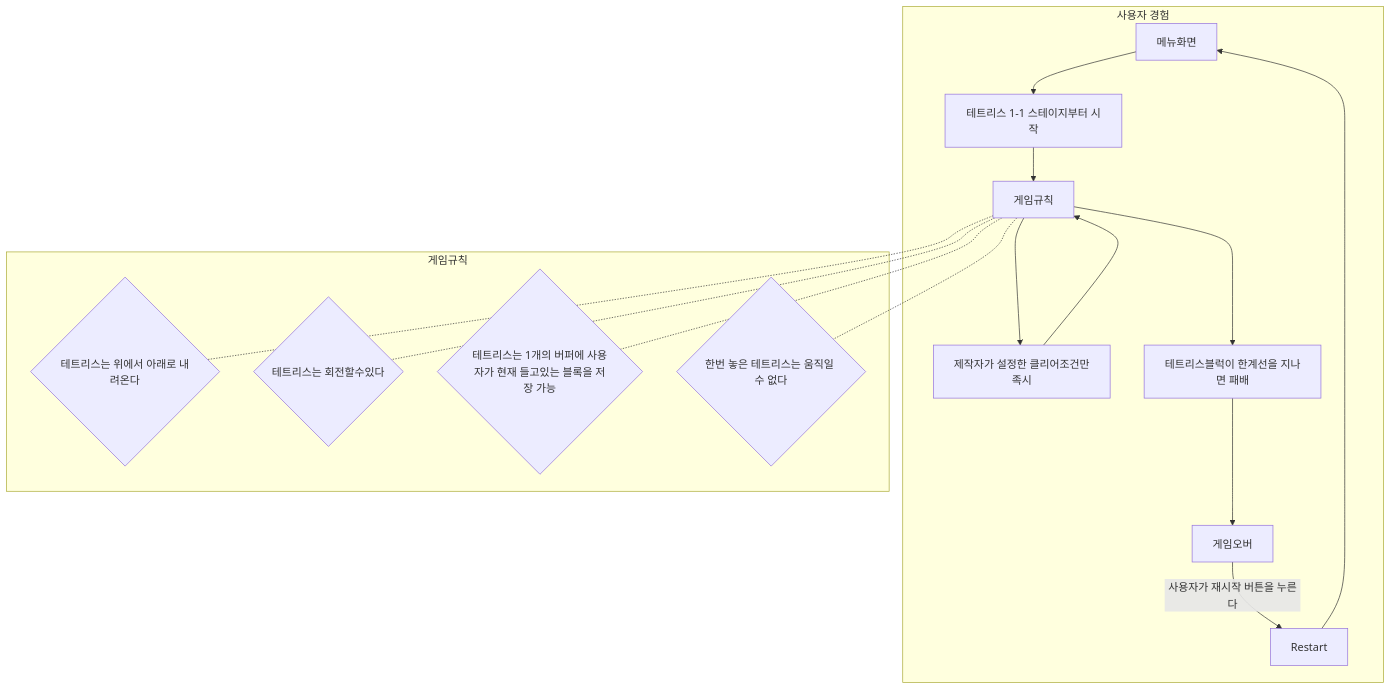
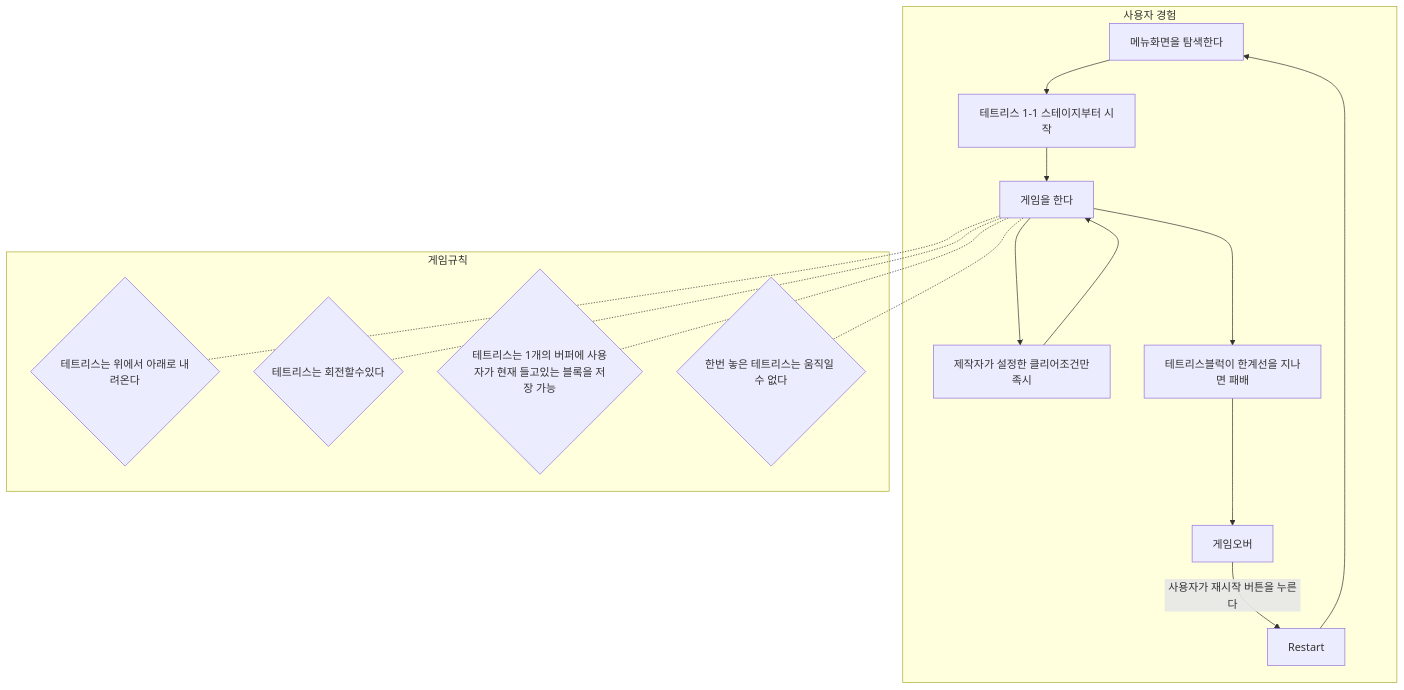
The first of 2 diagrams in Diagrams/20210519_Diagram.md (BADUGII/Tutorial_Imitation_Teris), drawn with Mermaid before and after one commit.

````diff
--- a/Diagrams/20210519_Diagram.md
+++ b/Diagrams/20210519_Diagram.md
@@ -2,23 +2,24 @@
 ```mermaid
 graph TD
   subgraph GameFlow[사용자 경험]
     Menu -->  GameStart[테트리스 1-1 스테이지부터 시작]
-    GameOver[게임오버] -->|사용자가 재시작 버튼을 누른다| Restart
-    Restart --> Menu[메뉴화면]
     
     
-    GameStart --> Play[게임규칙]
+    GameStart --> Play[게임을 한다]
     Play --> Clear[제작자가 설정한 클리어조건만족시]
     Clear--> Play
     Play --> LoseCondition[테트리스블럭이 한계선을 지나면 패배]
     LoseCondition --> GameOver
+    GameOver[게임오버] -->|사용자가 재시작 버튼을 누른다| Restart 
+    Restart --> Menu[메뉴화면을 탐색한다]
+    
   end
   subgraph GameRule[게임규칙]
     
   Play -.- Rule1{테트리스는 위에서 아래로 내려온다}
   Play -.- Rule2{테트리스는 회전할수있다}
   Play -.- Rule3{테트리스는 1개의 버퍼에 사용자가 현재 들고있는 블록을 저장 가능}
   Play -.- Rule4{한번 놓은 테트리스는 움직일 수 없다}
 end
   
 ```
````
